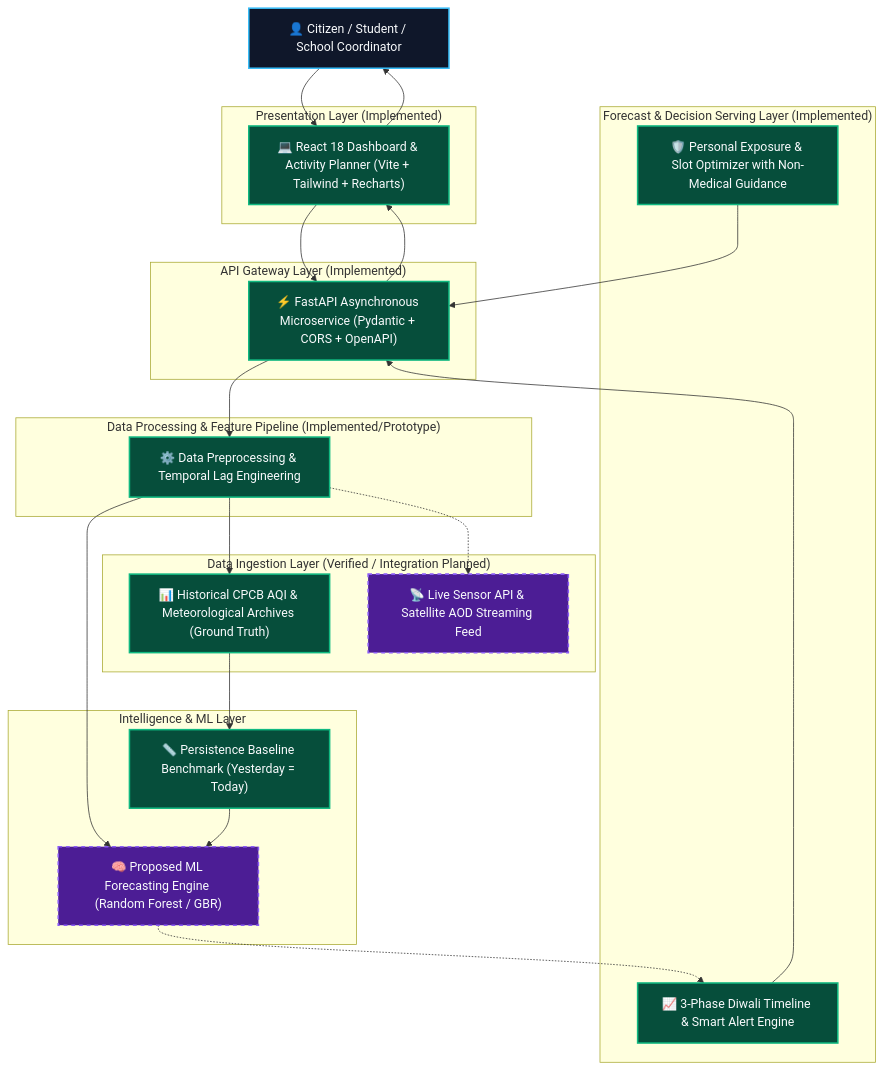
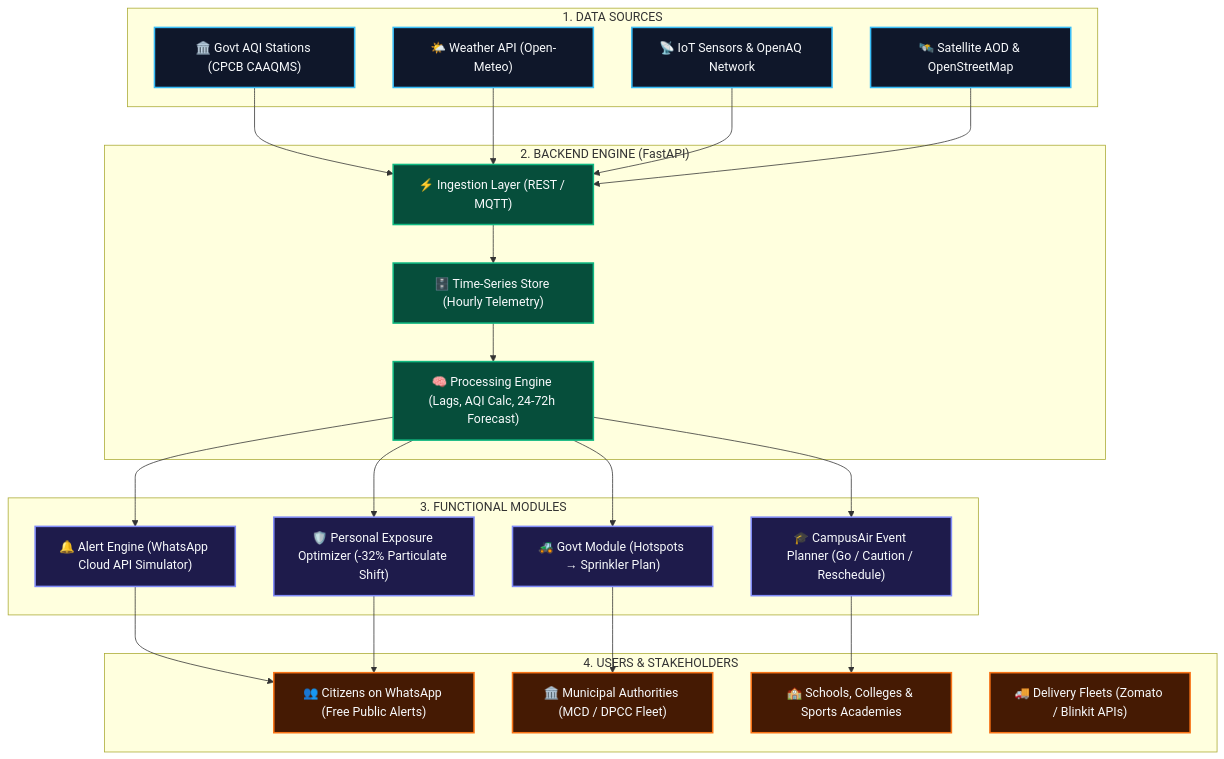
One commit to RishikaJindal23/VayuVision changed the diagram in README.md. Above: the diagram before and after it, drawn with Mermaid. The commit also changed other lines of this file and 19 other files, not shown here.

Commit message:
feat: VayuVision AI Round 2 MVP - 27 Delhi NCR Localities, Real Leaflet & Satellite Maps, Early Warning WhatsApp Simulator, Action Planners, and Pitch Deck

````diff
--- a/README.md
+++ b/README.md
@@ -96,49 +109,52 @@
 ```mermaid
 flowchart TD
-    classDef implemented fill:#064e3b,stroke:#10b981,stroke-width:2px,color:#f8fafc;
-    classDef planned fill:#4c1d95,stroke:#8b5cf6,stroke-width:2px,stroke-dasharray: 5 5,color:#f8fafc;
-    classDef userLayer fill:#0f172a,stroke:#38bdf8,stroke-width:2px,color:#f8fafc;
+    classDef dataSource fill:#0f172a,stroke:#38bdf8,stroke-width:2px,color:#f8fafc;
+    classDef backendEngine fill:#064e3b,stroke:#10b981,stroke-width:2px,color:#f8fafc;
+    classDef modules fill:#1e1b4b,stroke:#818cf8,stroke-width:2px,color:#f8fafc;
+    classDef userLayer fill:#451a03,stroke:#f97316,stroke-width:2px,color:#f8fafc;
 
-    User["👤 Citizen / Student / School Coordinator"]:::userLayer
-
-    subgraph PresentationLayer["Presentation Layer (Implemented)"]
-        ReactDash["💻 React 18 Dashboard & Activity Planner (Vite + Tailwind + Recharts)"]:::implemented
+    subgraph DataSources["1. DATA SOURCES"]
+        GovtStations["🏛️ Govt AQI Stations (CPCB CAAQMS)"]:::dataSource
+        WeatherAPI["🌤️ Weather API (Open-Meteo)"]:::dataSource
+        IoTSensors["📡 IoT Sensors & OpenAQ Network"]:::dataSource
+        SatData["🛰️ Satellite AOD & OpenStreetMap"]:::dataSource
     end
 
-    subgraph ServiceLayer["API Gateway Layer (Implemented)"]
-        FastAPIApp["⚡ FastAPI Asynchronous Microservice (Pydantic + CORS + OpenAPI)"]:::implemented
+    subgraph Backend["2. BACKEND ENGINE (FastAPI)"]
+        Ingestion["⚡ Ingestion Layer (REST / MQTT)"]:::backendEngine
+        TimeSeriesDB["🗄️ Time-Series Store (Hourly Telemetry)"]:::backendEngine
+        ProcessingEngine["🧠 Processing Engine (Lags, AQI Calc, 24-72h Forecast)"]:::backendEngine
     end
 
-    subgraph PipelineLayer["Data Processing & Feature Pipeline (Implemented/Prototype)"]
-        DataProc["⚙️ Data Preprocessing & Temporal Lag Engineering"]:::implemented
+    subgraph Modules["3. FUNCTIONAL MODULES"]
+        AlertEngine["🔔 Alert Engine (WhatsApp Cloud API Simulator)"]:::modules
+        GovtModule["🚜 Govt Module (Hotspots → Sprinkler Plan)"]:::modules
+        CampusPlanner["🎓 CampusAir Event Planner (Go / Caution / Reschedule)"]:::modules
+        ExposurePlanner["🛡️ Personal Exposure Optimizer (-32% Particulate Shift)"]:::modules
     end
 
-    subgraph DataStorageLayer["Data Ingestion Layer (Verified / Integration Planned)"]
-        HistoricalData["📊 Historical CPCB AQI & Meteorological Archives (Ground Truth)"]:::implemented
-        LiveSensorFeed["📡 Live Sensor API & Satellite AOD Streaming Feed"]:::planned
+    subgraph Stakeholders["4. USERS & STAKEHOLDERS"]
+        Citizens["👥 Citizens on WhatsApp (Free Public Alerts)"]:::userLayer
+        GovtUsers["🏛️ Municipal Authorities (MCD / DPCC Fleet)"]:::userLayer
+        Institutions["🏫 Schools, Colleges & Sports Academies"]:::userLayer
+        LogisticsFleets["🚚 Delivery Fleets (Zomato / Blinkit APIs)"]:::userLayer
     end
 
-    subgraph IntelligenceLayer["Intelligence & ML Layer"]
-        ScikitLearnModel["🧠 Proposed ML Forecasting Engine (Random Forest / GBR)"]:::planned
-        BaselinePersistence["📏 Persistence Baseline Benchmark (Yesterday = Today)"]:::implemented
-    end
+    GovtStations --> Ingestion
+    WeatherAPI --> Ingestion
+    IoTSensors --> Ingestion
+    SatData --> Ingestion
 
-    subgraph ServingLayer["Forecast & Decision Serving Layer (Implemented)"]
-        AQIForecastEngine["📈 3-Phase Diwali Timeline & Smart Alert Engine"]:::implemented
-        ExposureEvaluator["🛡️ Personal Exposure & Slot Optimizer with Non-Medical Guidance"]:::implemented
-    end
+    Ingestion --> TimeSeriesDB
+    TimeSeriesDB --> ProcessingEngine
 
-    User --> ReactDash
-    ReactDash --> FastAPIApp
-    FastAPIApp --> DataProc
-    DataProc --> HistoricalData
-    DataProc -.-> LiveSensorFeed
-    DataProc --> ScikitLearnModel
-    HistoricalData --> BaselinePersistence
-    ScikitLearnModel -.-> AQIForecastEngine
-    BaselinePersistence --> ScikitLearnModel
-    AQIForecastEngine --> FastAPIApp
-    ExposureEvaluator --> FastAPIApp
-    FastAPIApp --> ReactDash
-    ReactDash --> User
+    ProcessingEngine --> AlertEngine
+    ProcessingEngine --> GovtModule
+    ProcessingEngine --> CampusPlanner
+    ProcessingEngine --> ExposurePlanner
+
+    AlertEngine --> Citizens
+    GovtModule --> GovtUsers
+    CampusPlanner --> Institutions
+    ExposurePlanner --> Citizens
 ```
````
